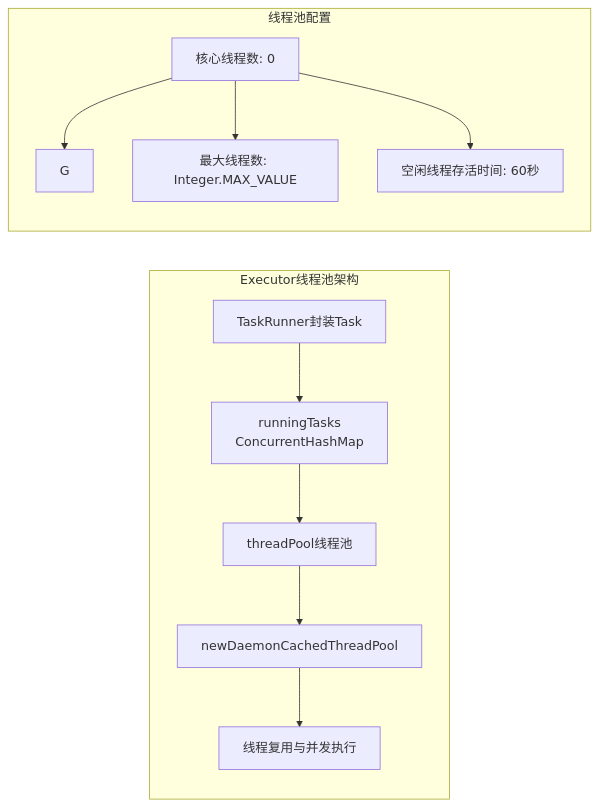
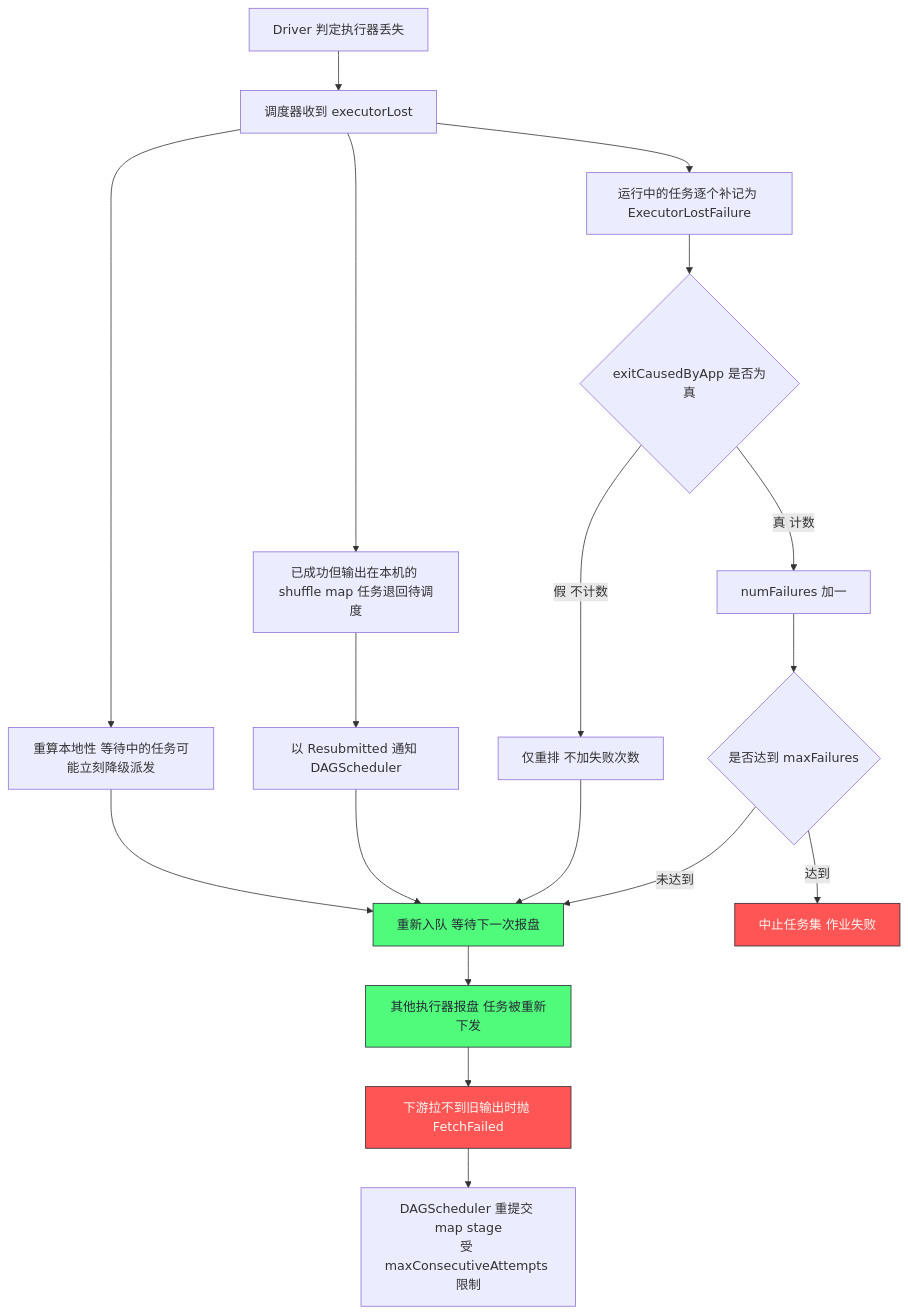
Before and after one commit to hpliStartAgain/my-brain: the third of 5 diagrams in content/大数据/Spark/读书笔记-spark内核/02_系统架构与运行机制/9. Spark_Executor_执行机制_下.md, drawn with Mermaid. The commit also changed other lines of this file and 259 other files, not shown here.

````diff
--- a/content/大数据/Spark/读书笔记-spark内核/02_系统架构与运行机制/9. Spark_Executor_执行机制_下.md
+++ b/content/大数据/Spark/读书笔记-spark内核/02_系统架构与运行机制/9. Spark_Executor_执行机制_下.md
@@ -264,15 +337,25 @@
 ```mermaid
-flowchart LR
-    subgraph "Executor线程池架构"
-        A["TaskRunner封装Task"] --> B["runningTasks<br>ConcurrentHashMap"]
-        B --> C["threadPool线程池"]
-        C --> D["newDaemonCachedThreadPool"]
-        D --> E["线程复用与并发执行"]
-    end
-    
-    subgraph "线程池配置"
-        F["核心线程数: 0"] --> G
-        F --> H["最大线程数: Integer.MAX_VALUE"]
-        F --> I["空闲线程存活时间: 60秒"]
-    end
+%%{init: {'theme': 'dracula'}}%%
+flowchart TD
+    A["Driver 判定执行器丢失"] --> B["调度器收到 executorLost"]
+    B --> C["运行中的任务逐个补记为 ExecutorLostFailure"]
+    B --> D["已成功但输出在本机的 shuffle map 任务退回待调度"]
+    B --> E["重算本地性 等待中的任务可能立刻降级派发"]
+    D --> F["以 Resubmitted 通知 DAGScheduler"]
+    C --> G{"exitCausedByApp 是否为真"}
+    G -->|"真 计数"| H["numFailures 加一"]
+    G -->|"假 不计数"| I["仅重排 不加失败次数"]
+    H --> J{"是否达到 maxFailures"}
+    J -->|"未达到"| K["重新入队 等待下一次报盘"]
+    J -->|"达到"| L["中止任务集 作业失败"]
+    I --> K
+    F --> K
+    E --> K
+    K --> M["其他执行器报盘 任务被重新下发"]
+    M --> N["下游拉不到旧输出时抛 FetchFailed"]
+    N --> O["DAGScheduler 重提交 map stage<br/>受 maxConsecutiveAttempts 限制"]
+    classDef bad fill:#ff5555,stroke:#282a36,color:#f8f8f2
+    classDef ok fill:#50fa7b,stroke:#282a36,color:#282a36
+    class L,N bad
+    class K,M ok
 ```
````
